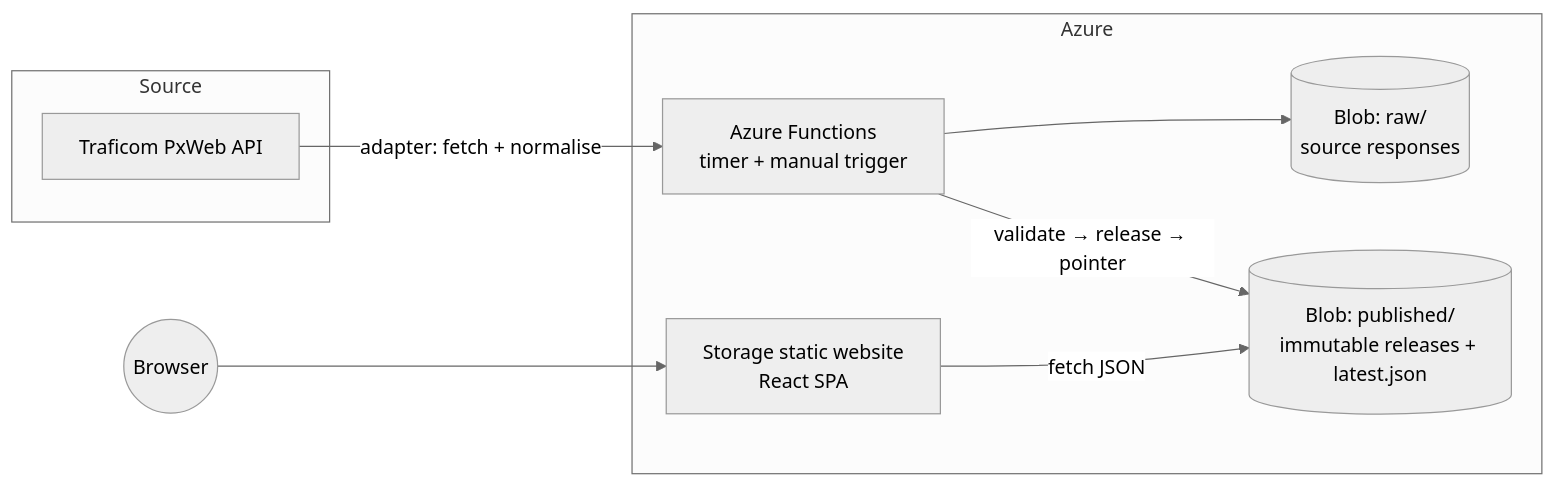
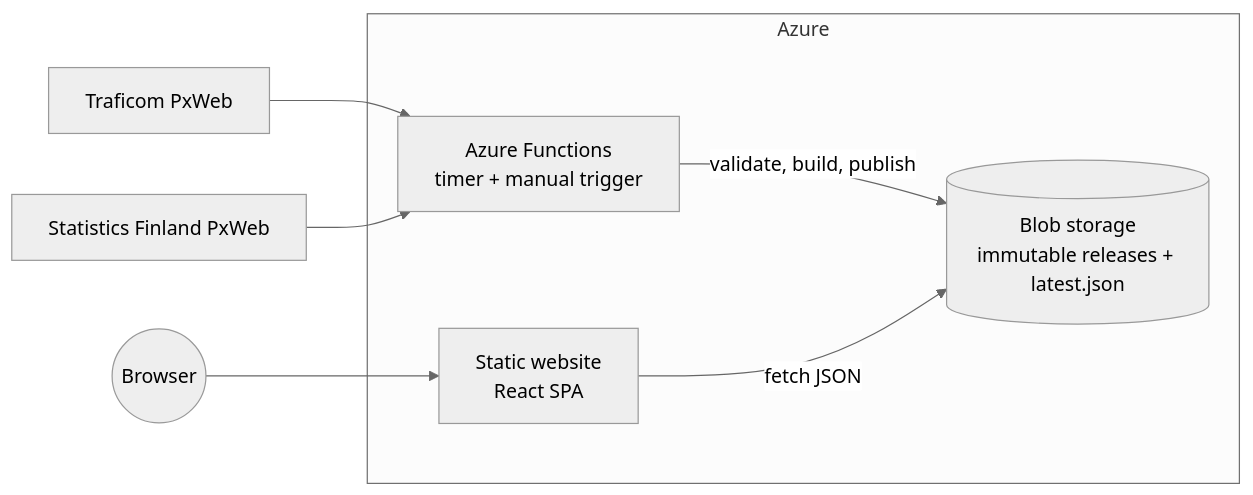
One commit to KarhuAlex/Ensirekisteroinnit changed the diagram in README.md. Above: the diagram before and after it, drawn with Mermaid (neutral theme). The commit also changed other lines of this file, not shown here.

````diff
--- a/README.md
+++ b/README.md
@@ -50,17 +27,13 @@
 ```mermaid
 flowchart LR
-  subgraph Source
-    PX[Traficom PxWeb API]
-  end
+  PX[Traficom PxWeb] --> FN
+  SF[Statistics Finland PxWeb] --> FN
   subgraph Azure
     FN["Azure Functions<br/>timer + manual trigger"]
-    RAW[("Blob: raw/<br/>source responses")]
-    PUB[("Blob: published/<br/>immutable releases + latest.json")]
-    SITE[Storage static website<br/>React SPA]
+    PUB[("Blob storage<br/>immutable releases + latest.json")]
+    SITE[Static website<br/>React SPA]
   end
-  PX -->|"adapter: fetch + normalise"| FN
-  FN --> RAW
-  FN -->|"validate → release → pointer"| PUB
+  FN -->|"validate, build, publish"| PUB
   SITE -->|"fetch JSON"| PUB
   U((Browser)) --> SITE
 ```
````
